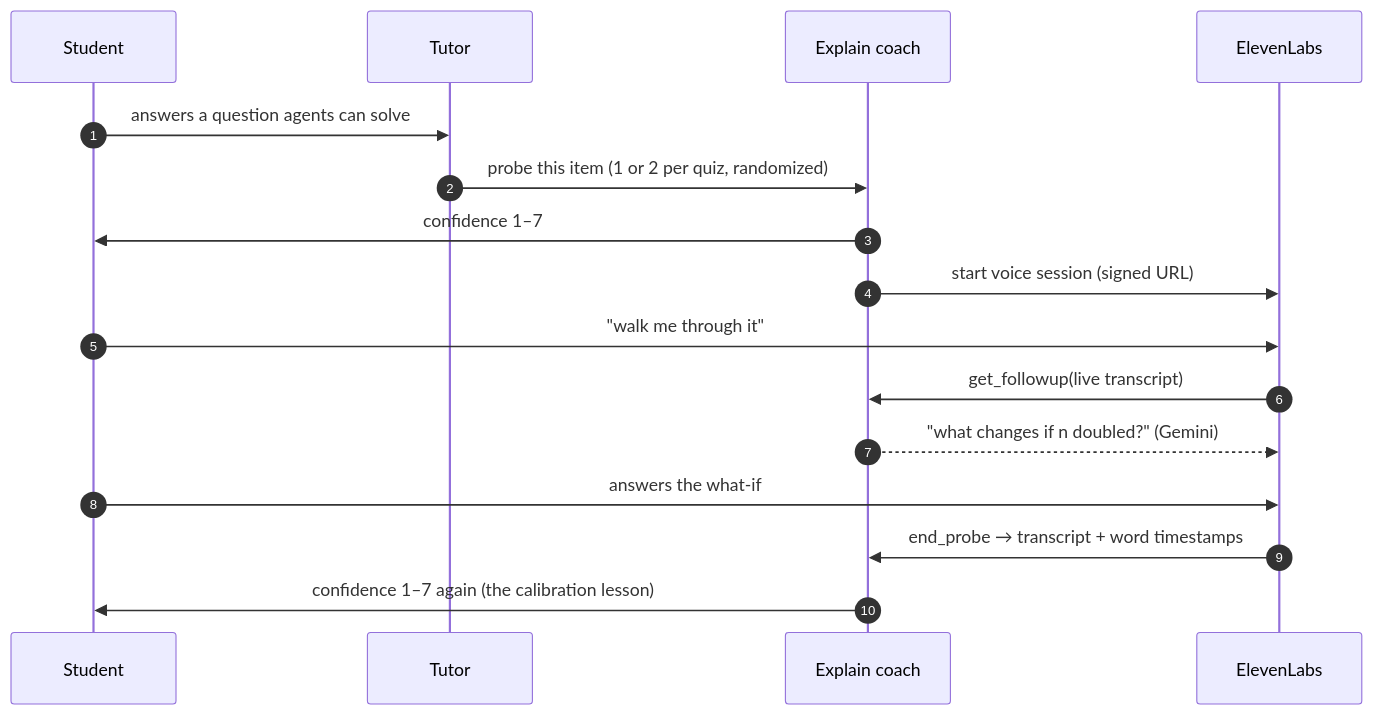
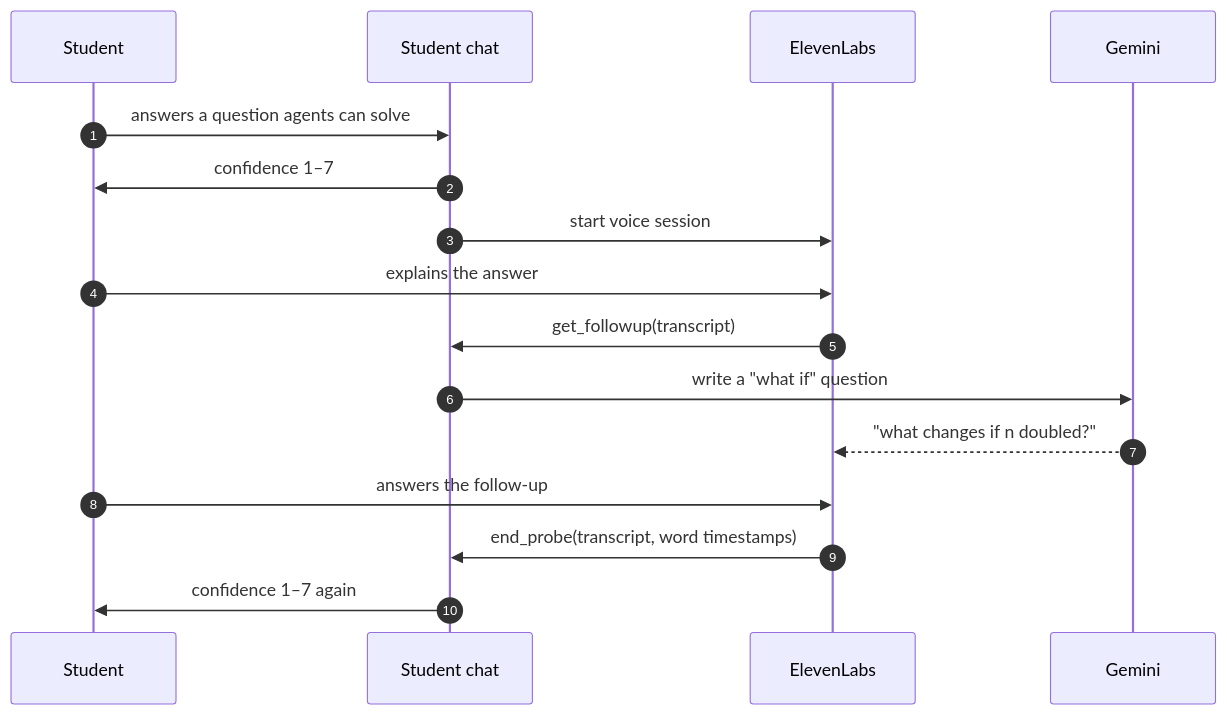
Before and after one commit to lgoyal6/sand-hacks: the third of 3 diagrams in README.md, drawn with Mermaid. The commit also changed other lines of this file, not shown here.

````diff
--- a/README.md
+++ b/README.md
@@ -139,18 +190,18 @@
 ```mermaid
 sequenceDiagram
     autonumber
     participant St as Student
-    participant Tu as Tutor
-    participant EC as Explain coach
+    participant App as Student chat
     participant EL as ElevenLabs
-    St->>Tu: answers a question agents can solve
-    Tu->>EC: probe this item (1 or 2 per quiz, randomized)
-    EC->>St: confidence 1–7
-    EC->>EL: start voice session (signed URL)
-    St->>EL: "walk me through it"
-    EL->>EC: get_followup(live transcript)
-    EC-->>EL: "what changes if n doubled?" (Gemini)
-    St->>EL: answers the what-if
-    EL->>EC: end_probe → transcript + word timestamps
-    EC->>St: confidence 1–7 again (the calibration lesson)
+    participant Gem as Gemini
+    St->>App: answers a question agents can solve
+    App->>St: confidence 1–7
+    App->>EL: start voice session
+    St->>EL: explains the answer
+    EL->>App: get_followup(transcript)
+    App->>Gem: write a "what if" question
+    Gem-->>EL: "what changes if n doubled?"
+    St->>EL: answers the follow-up
+    EL->>App: end_probe(transcript, word timestamps)
+    App->>St: confidence 1–7 again
 ```
````
